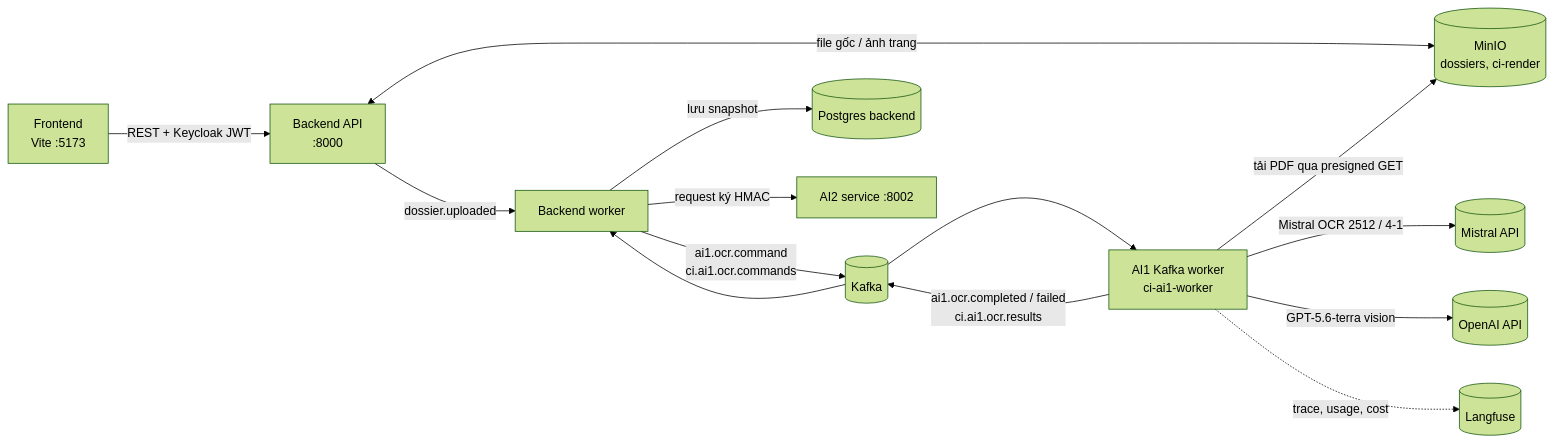
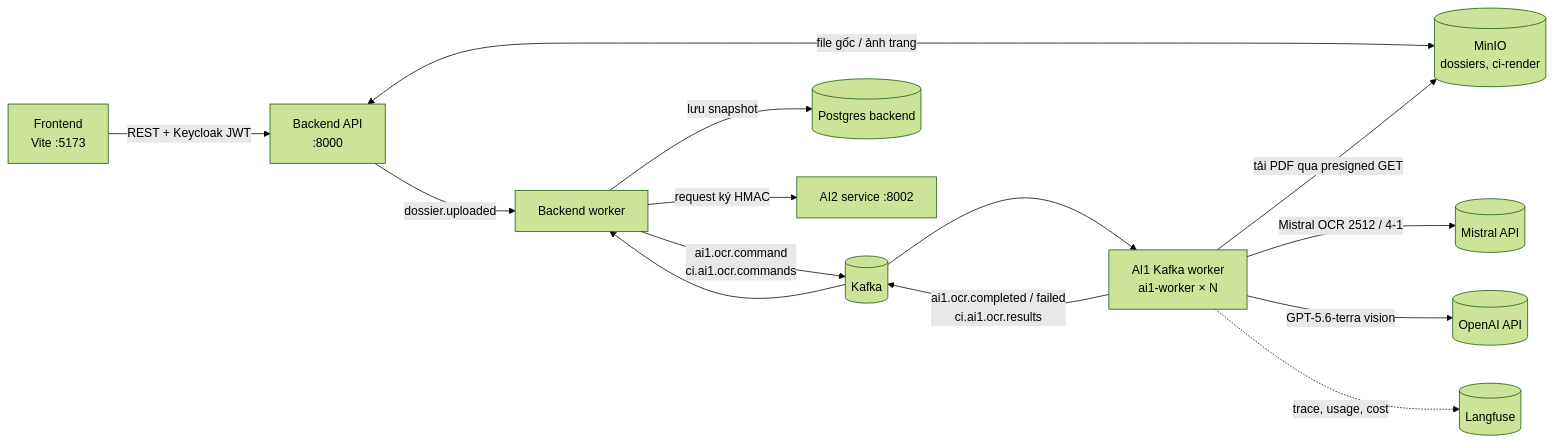
One commit to AI20K-VGR/contract-intelligence-core changed the first of 4 diagrams in ai-service/docs/architecture_ai1.md. Above: the diagram before and after it, drawn with Mermaid (forest theme). The commit also changed other lines of this file and 8 other files, not shown here.

````diff
--- a/ai-service/docs/architecture_ai1.md
+++ b/ai-service/docs/architecture_ai1.md
@@ -56,16 +56,16 @@
 ```mermaid
 flowchart LR
     FE[Frontend<br/>Vite :5173] -->|REST + Keycloak JWT| BE[Backend API<br/>:8000]
     BE -->|dossier.uploaded| BW[Backend worker]
     BE <-->|file gốc / ảnh trang| S3[(MinIO<br/>dossiers, ci-render)]
     BW -->|ai1.ocr.command<br/>ci.ai1.ocr.commands| K[(Kafka)]
-    K --> A1[AI1 Kafka worker<br/>ci-ai1-worker]
+    K --> A1[AI1 Kafka worker<br/>ai1-worker × N]
     A1 -->|tải PDF qua presigned GET| S3
     A1 -->|Mistral OCR 2512 / 4-1| MI[(Mistral API)]
     A1 -->|GPT-5.6-terra vision| OA[(OpenAI API)]
     A1 -->|ai1.ocr.completed / failed<br/>ci.ai1.ocr.results| K
     K --> BW
     BW -->|lưu snapshot| DB[(Postgres backend)]
     BW -->|request ký HMAC| A2[AI2 service :8002]
     A1 -.->|trace, usage, cost| LF[(Langfuse)]
 ```
````
